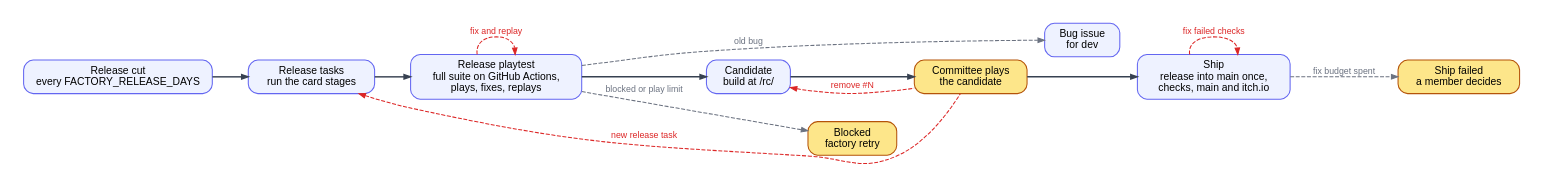
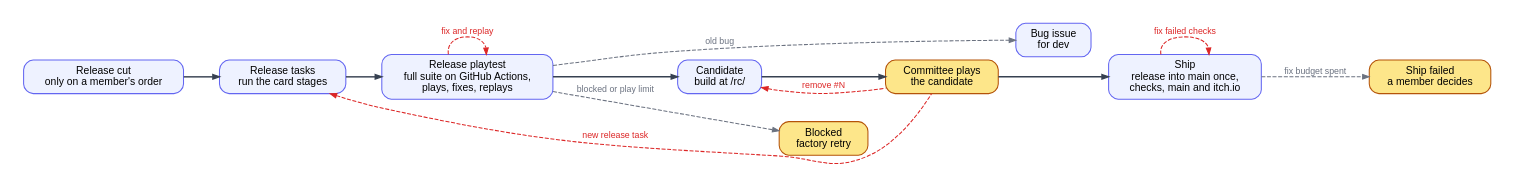
One commit to ROAM-game-org/road-machiners changed the diagram in factory/docs/diagrams/release.dot. Above: the diagram before and after it, drawn with Graphviz. The commit also changed 25 other files, not shown here.

```diff
--- a/factory/docs/diagrams/release.dot
+++ b/factory/docs/diagrams/release.dot
@@ -1,20 +1,20 @@
 // Release. Black: normal path. Red: loops back. Grey: stops the flow. Yellow: waits for people.
 digraph release {
   rankdir=LR; nodesep=0.3; ranksep=0.6; bgcolor=white; pad=0.3;
   node [shape=box, style="rounded,filled", fillcolor="#eef2ff", color="#6366f1", fontname="Helvetica", fontsize=13, margin="0.2,0.1", penwidth=1.3, width=1.3];
   edge [color="#374151", penwidth=1.8, arrowsize=0.8, fontname="Helvetica", fontsize=11];
-  C [label="Release cut\nevery FACTORY_RELEASE_DAYS"]; T [label="Release tasks\nrun the card stages"]; G [label="Release playtest\nfull suite on GitHub Actions,\nplays, fixes, replays"]; B [label="Candidate\nbuild at /rc/"];
+  C [label="Release cut\nonly on a member's order"]; T [label="Release tasks\nrun the card stages"]; G [label="Release playtest\nfull suite on GitHub Actions,\nplays, fixes, replays"]; B [label="Candidate\nbuild at /rc/"];
   P [label="Committee plays\nthe candidate", fillcolor="#fde68a", color="#b45309"]; S [label="Ship\nrelease into main once,\nchecks, main and itch.io"];
   BL [label="Blocked\nfactory retry", fillcolor="#fde68a", color="#b45309"]; D [label="Bug issue\nfor dev"]; SB [label="Ship failed\na member decides", fillcolor="#fde68a", color="#b45309"];
   C -> T -> G -> B -> P -> S [weight=100];
   edge [color="#dc2626", fontcolor="#dc2626", style=dashed, penwidth=1.3, dir=back, weight=0];
   T -> P [label="new release task"];
   B -> P [label="remove #N"];
   edge [color="#dc2626", fontcolor="#dc2626", style=dashed, penwidth=1.3, dir=forward, weight=0];
   G -> G [label="fix and replay"];
   S -> S [label="fix failed checks"];
   edge [color="#6b7280", fontcolor="#6b7280", style=dashed, penwidth=1.3, dir=forward, weight=0];
   G -> BL [label="blocked or play limit"];
   G -> D [label="old bug"];
   S -> SB [label="fix budget spent"];
 }
```
